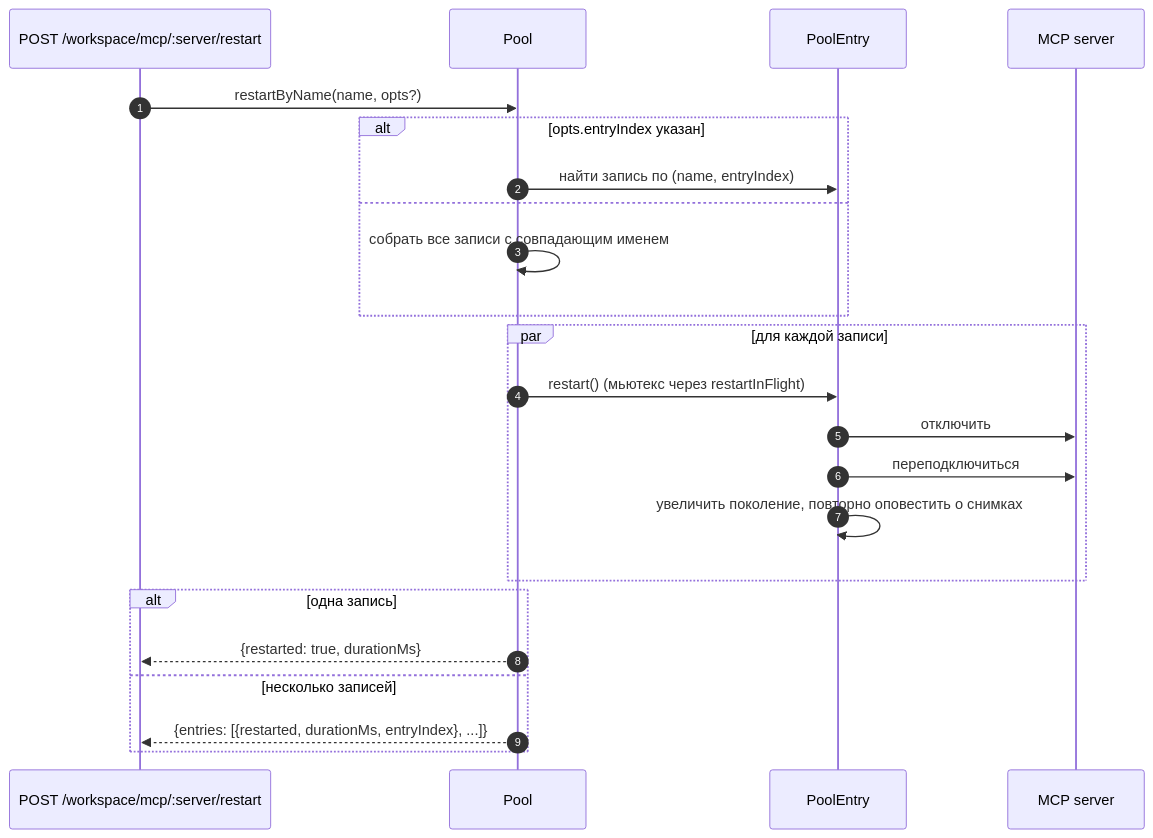
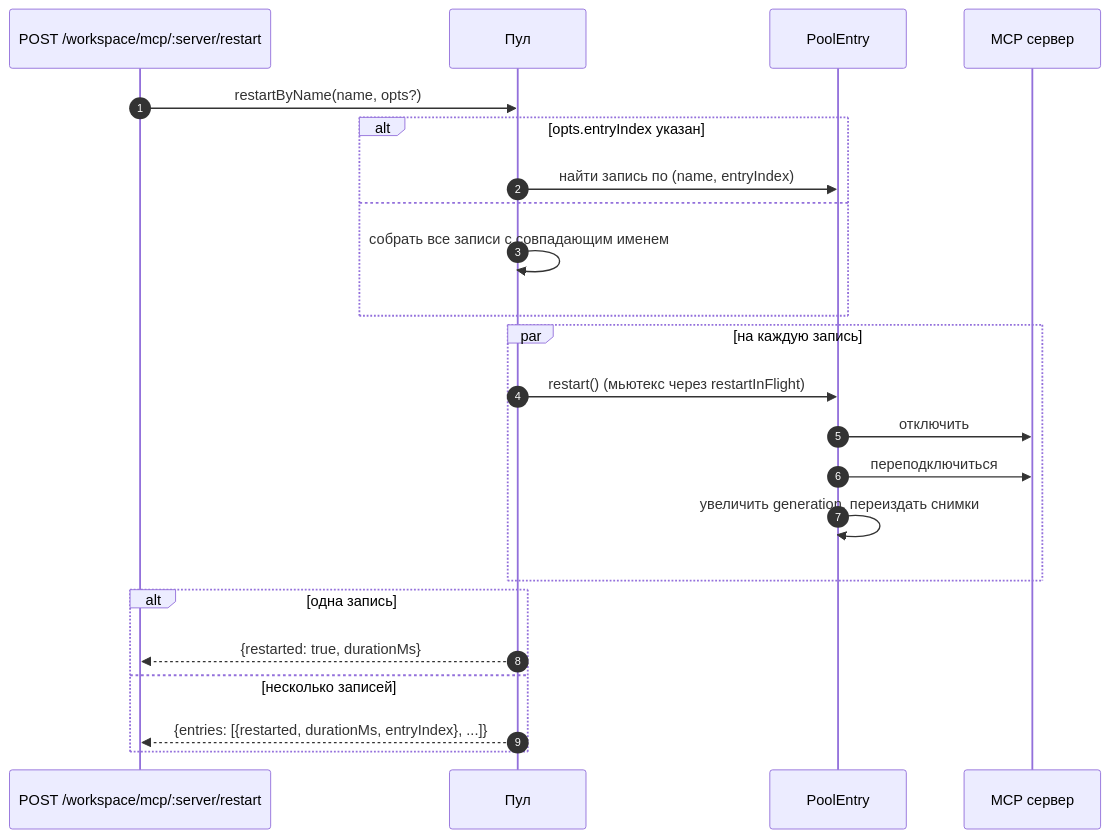
The third of 4 diagrams in website/content/ru/developers/daemon/05-mcp-transport-pool.md (QwenLM/qwen-code-docs), drawn with Mermaid before and after one commit. The commit also changed other lines of this file and 1077 other files, not shown here.

````diff
--- a/website/content/ru/developers/daemon/05-mcp-transport-pool.md
+++ b/website/content/ru/developers/daemon/05-mcp-transport-pool.md
@@ -174,26 +175,26 @@
 ```mermaid
 sequenceDiagram
     autonumber
     participant Op as POST /workspace/mcp/:server/restart
-    participant P as Pool
+    participant P as Пул
     participant E as PoolEntry
-    participant SRV as MCP server
+    participant SRV as MCP сервер
 
     Op->>P: restartByName(name, opts?)
     alt opts.entryIndex указан
         P->>E: найти запись по (name, entryIndex)
     else
         P->>P: собрать все записи с совпадающим именем
     end
-    par для каждой записи
+    par на каждую запись
         P->>E: restart() (мьютекс через restartInFlight)
         E->>SRV: отключить
         E->>SRV: переподключиться
-        E->>E: увеличить поколение, повторно оповестить о снимках
+        E->>E: увеличить generation, переиздать снимки
     end
     alt одна запись
         P-->>Op: {restarted: true, durationMs}
     else несколько записей
         P-->>Op: {entries: [{restarted, durationMs, entryIndex}, ...]}
     end
 ```
````
